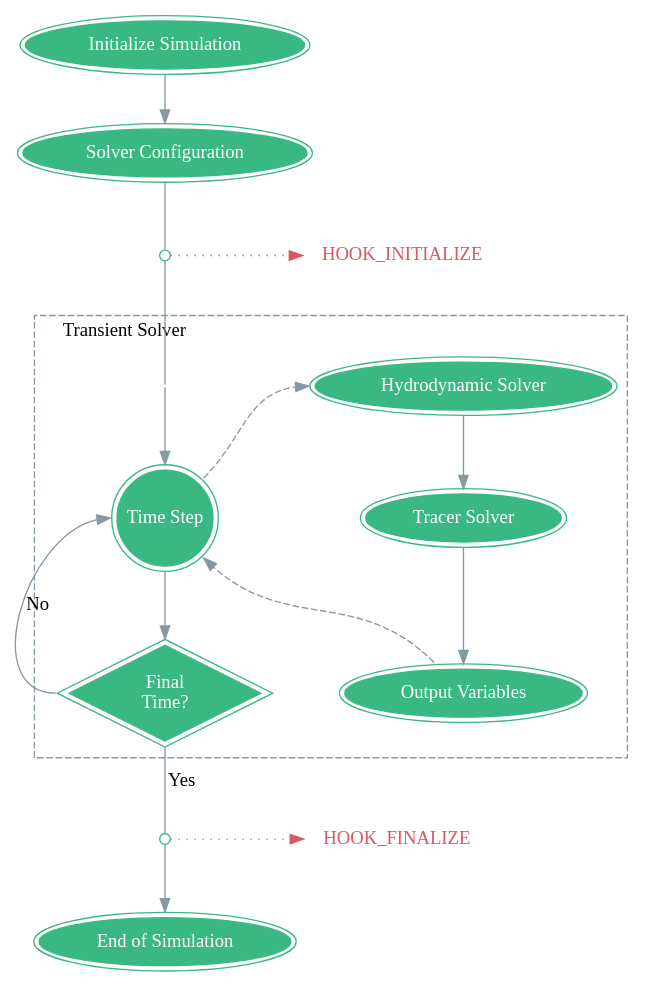
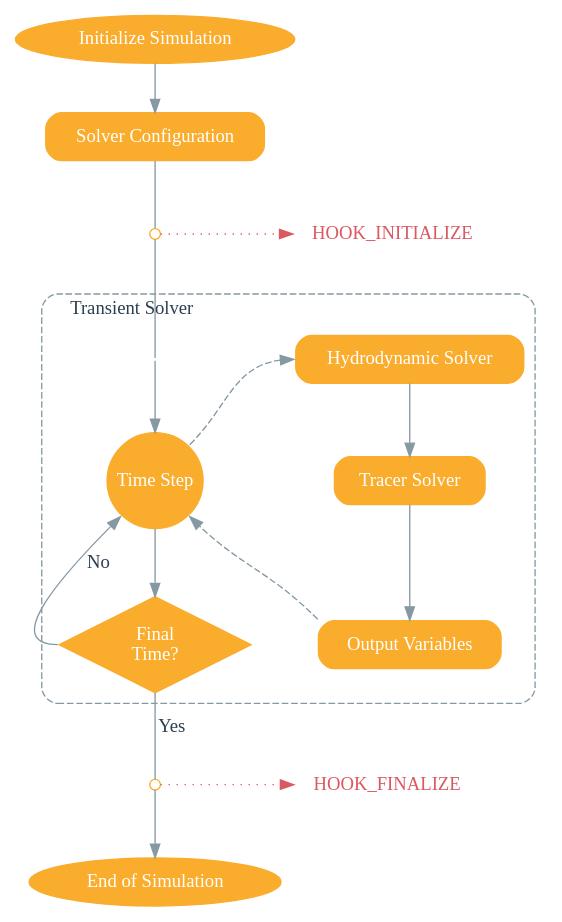
The first of 3 diagrams in docs/source/07_lifecycle.rst (ESSS/alfasim-sdk), drawn with Graphviz before and after one commit. The commit also changed other lines of this file, not shown here.

Commit message:
Update lifecycle

```diff
--- a/docs/source/07_lifecycle.rst
+++ b/docs/source/07_lifecycle.rst
@@ -15,13 +15,25 @@
 
     digraph {
             nodesep = 0.7;
-            node [peripheries="2", fillcolor="#3AB882" style=filled color="#3AB882" fontcolor="#ffffff" shape=""];
-            edge [ color="#8699A3" ];
+            //splines=polylines
+            // splines=polyline
+            // splines=ortho
+            // splines=polyline
+            node [
+                peripheries="1",
+                fillcolor="#FAAC2C"
+                style="rounded, filled"
+                color="#FAAC2C"
+                fontcolor="#ffffff"
+                shape="rectangular"
+            ];
+            edge [ color="#8699A3", fontcolor="#2c3e50" ];
 
-            init [label="Initialize Simulation", shape=""];
-            end [label="End of Simulation", shape=""];
-            config [label="Solver Configuration"];
-            solver [shape=point, width=0, peripheries="0"];
+            init [label="Initialize Simulation", shape=""]
+            end [label="End of Simulation", shape=""]
+            config [label="Solver Configuration"]
+            solver [shape=point, width=0, peripheries="0"]
+
             time [
                     fixedsize=true,
                     label="Time Step",
@@ -29,25 +41,17 @@
                     shape="circle",
                     ];
 
-            hook_initialize_point [shape = point, width = 0 ]
-            decision [
-                    label="Final \n Time?",
-                    shape="diamond"
-                    fixedsize=true
-                    width=2.0
-                    height=1.0
-                    ]
-            hook_finalize_point [shape = point, width = 0 ]
-            hook_initialize [peripheries="0"
-                label="HOOK_INITIALIZE", shape="cds", color="#DA5961", fontcolor="#DA5961", style=""
+            hook_initialize_point [shape = point, width = 0, peripheries="2"]
+            hook_finalize_point [shape = point, width = 0, peripheries="2" ]
+            decision [label="Final \n Time?",shape="diamond" fixedsize=true width=2.0 height=1.0 labelcolor="#8699A3" style="filled"]
+            hook_initialize [peripheries="0" label="HOOK_INITIALIZE", shape="cds", color="#DA5961", fontcolor="#DA5961", style=""
                 URL="../06_solver_hooks.html#alfasim_sdk.hook_specs.initialize", target="_top"
             ]
-            hook_finalize [peripheries="0"
-                label="HOOK_FINALIZE", shape="cds", color="#DA5961",  fontcolor="#DA5961" , style=""
+            hook_finalize [peripheries="0" label="HOOK_FINALIZE", shape="cds", color="#DA5961",  fontcolor="#DA5961" , style=""
                 URL="../06_solver_hooks.html#alfasim_sdk.hook_specs.finalize", target="_top"
             ]
-            hyd_solver [label="Hydrodynamic Solver"]
-            tracer_solver [label="Tracer Solver"]
+            hyd_solver [label="Hydrodynamic Solver" URL="../07_lifecycle.html#hydrodynamic-solver", target="_top"]
+            tracer_solver [label="Tracer Solver" URL="../07_lifecycle.html#tracer-solver", target="_top"]
             output [label="Output Variables"]
 
             {rank = same; hook_initialize_point; hook_initialize}
@@ -60,8 +64,10 @@
             hook_initialize_point -> hook_initialize [style=dotted, color="#DA5961"];
             subgraph cluster_a{
                 label="Transient Solver"
-                style="dashed, reactangular"
+                style="dashed, rounded"
+                shape="reactangular"
                 color="#8699A3"
+                fontcolor="#2c3e50"
                 labeljust="l"
 
                 {rank=same; time;tracer_solver}
@@ -80,7 +86,7 @@
 
                 output:nw -> time:se [style=dashed];
                 time:s -> decision:n [weight=999];
-                decision:w -> time:w [label="No", weight=99, constraint=true];
+                decision:w -> time:sw [label="No", weight=99];
             }
             decision -> hook_finalize_point [arrowhead= none, label="Yes"];
             hook_finalize_point ->  hook_finalize [style=dotted, color="#DA5961"];
```
